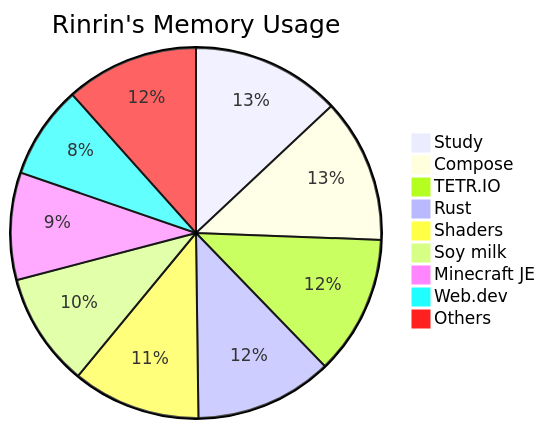
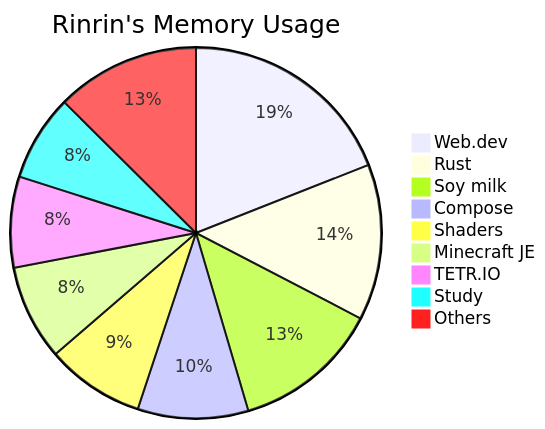
One commit to Rinrin0413/Rinrin0413 changed the diagram in README.md. Above: the diagram before and after it, drawn with Mermaid.

Commit message:
🐸 Update: Rinrin's Memory Usage

````diff
--- a/README.md
+++ b/README.md
@@ -77,12 +77,12 @@
 ```mermaid
 pie title Rinrin's Memory Usage
-    "Study": 93
-    "Compose": 90
-    "TETR.IO": 87
-    "Rust": 86
-    "Shaders": 80
-    "Soy milk": 71
-    "Minecraft JE": 67
-    "Web.dev": 58
-    "Others": 83
+    "Web.dev": 144
+    "Rust": 103
+    "Soy milk": 97
+    "Compose": 73
+    "Shaders": 65
+    "Minecraft JE": 63
+    "TETR.IO": 60
+    "Study": 57
+    "Others": 95
 ```
````
